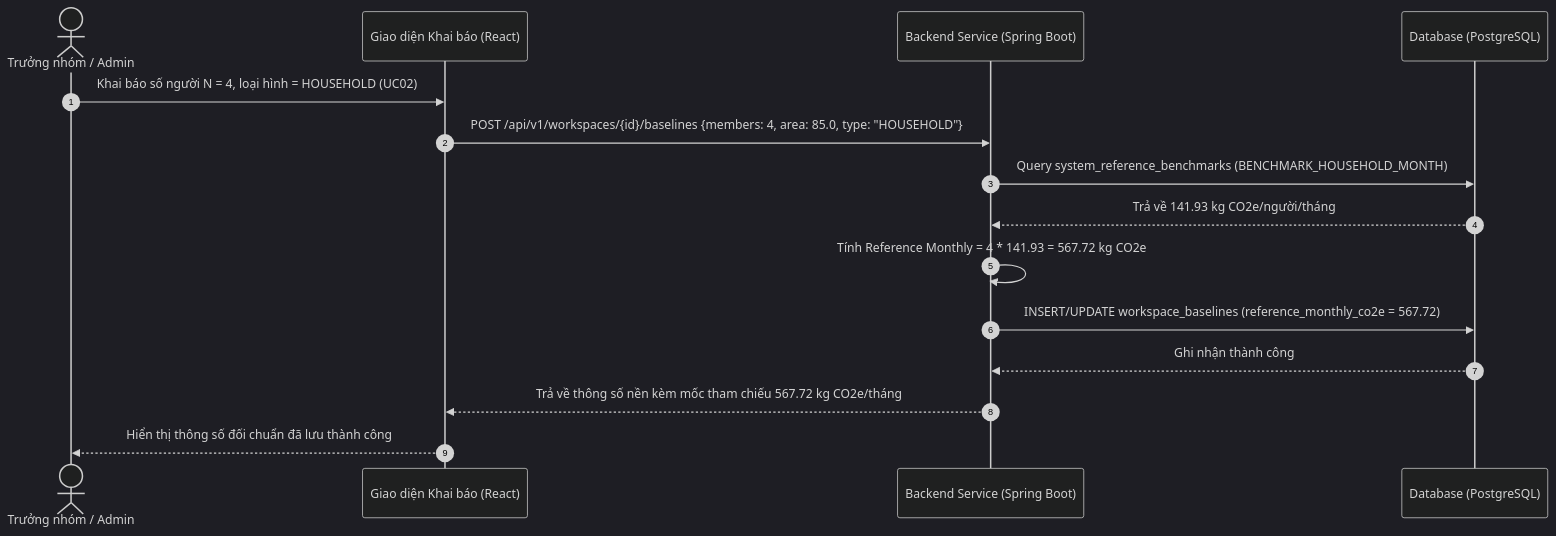
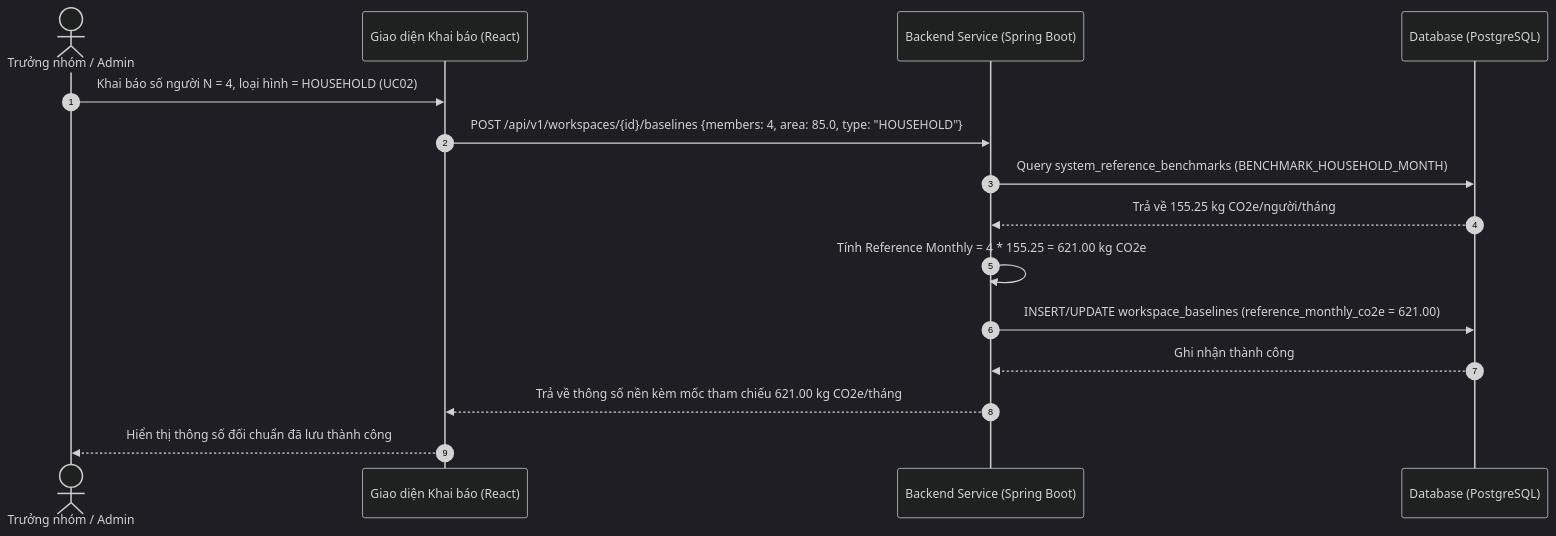
One commit to DatTienNguyenn/PMDC-BATCH4-DATNT250 changed the third of 3 diagrams in docs/emission-reference-benchmark.md. Above: the diagram before and after it, drawn with Mermaid (dark theme). The commit also changed other lines of this file and 9 other files, not shown here.

````diff
--- a/docs/emission-reference-benchmark.md
+++ b/docs/emission-reference-benchmark.md
@@ -331,18 +334,18 @@
 ```mermaid
 sequenceDiagram
     autonumber
     actor Admin as Trưởng nhóm / Admin
     participant UI as Giao diện Khai báo (React)
     participant API as Backend Service (Spring Boot)
     participant DB as Database (PostgreSQL)
 
     Admin->>UI: Khai báo số người N = 4, loại hình = HOUSEHOLD (UC02)
     UI->>API: POST /api/v1/workspaces/{id}/baselines {members: 4, area: 85.0, type: "HOUSEHOLD"}
     API->>DB: Query system_reference_benchmarks (BENCHMARK_HOUSEHOLD_MONTH)
-    DB-->>API: Trả về 141.93 kg CO2e/người/tháng
-    API->>API: Tính Reference Monthly = 4 * 141.93 = 567.72 kg CO2e
-    API->>DB: INSERT/UPDATE workspace_baselines (reference_monthly_co2e = 567.72)
+    DB-->>API: Trả về 155.25 kg CO2e/người/tháng
+    API->>API: Tính Reference Monthly = 4 * 155.25 = 621.00 kg CO2e
+    API->>DB: INSERT/UPDATE workspace_baselines (reference_monthly_co2e = 621.00)
     DB-->>API: Ghi nhận thành công
-    API-->>UI: Trả về thông số nền kèm mốc tham chiếu 567.72 kg CO2e/tháng
+    API-->>UI: Trả về thông số nền kèm mốc tham chiếu 621.00 kg CO2e/tháng
     UI-->>Admin: Hiển thị thông số đối chuẩn đã lưu thành công
 ```
````
